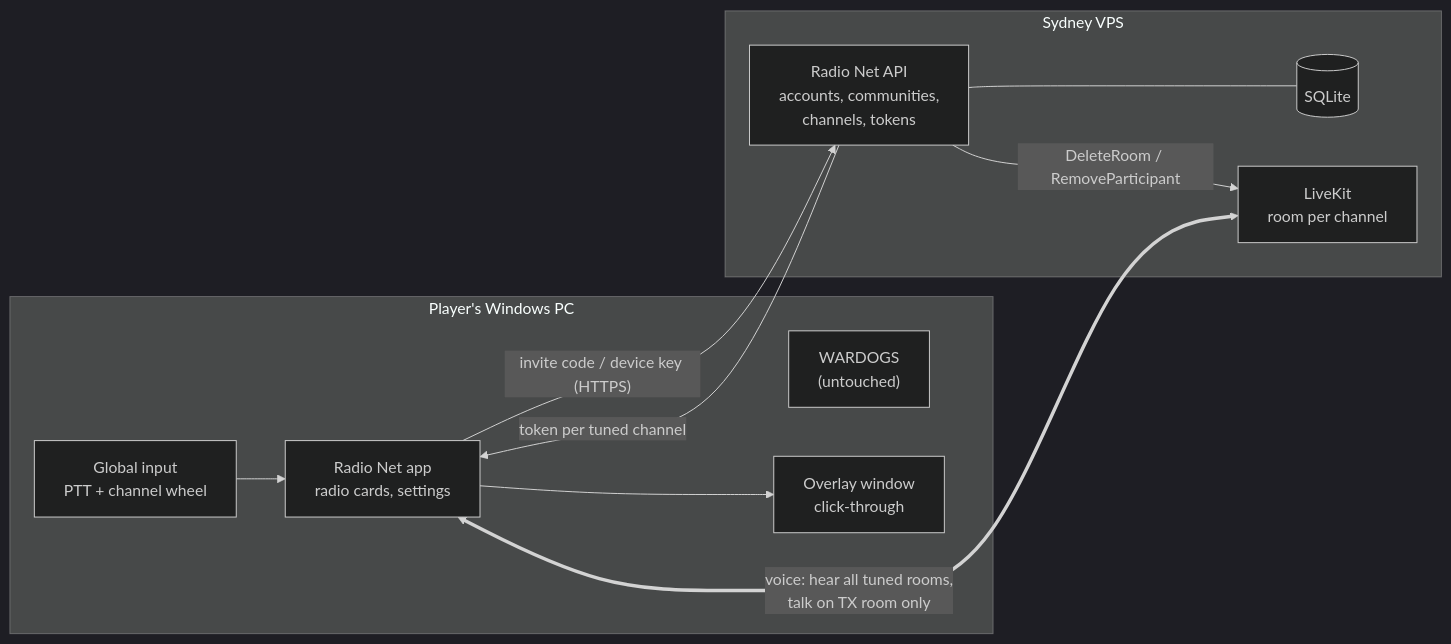
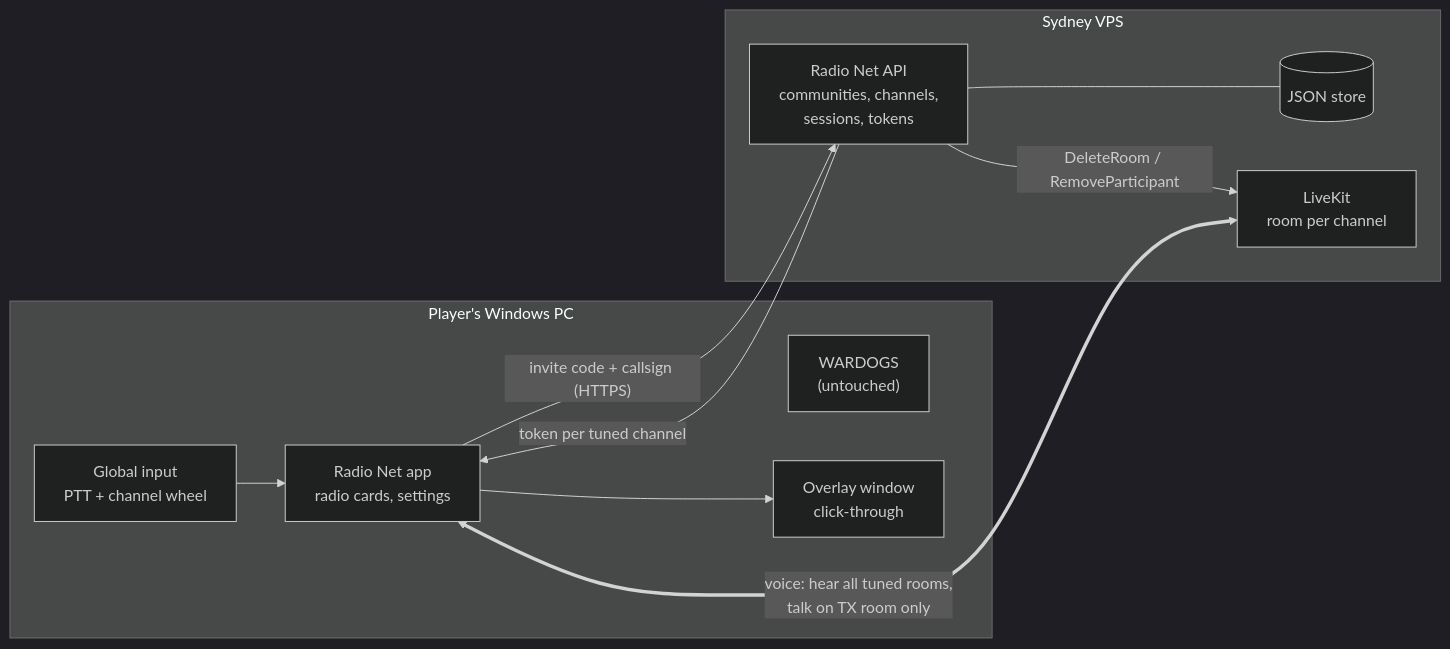
One commit to Tubss2/radio-net changed the second of 2 diagrams in docs/PLAN.md. Above: the diagram before and after it, drawn with Mermaid (dark theme). The commit also changed other lines of this file and 29 other files, not shown here.

First line of the commit message:
Keep callsigns, keybinds, and communities without accounts.

````diff
--- a/docs/PLAN.md
+++ b/docs/PLAN.md
@@ -96,20 +83,20 @@
 ```mermaid
 flowchart LR
   subgraph PC["Player's Windows PC"]
     G["WARDOGS<br/>(untouched)"]
     A["Radio Net app<br/>radio cards, settings"]
     H["Global input<br/>PTT + channel wheel"]
     O["Overlay window<br/>click-through"]
     H --> A --> O
   end
   subgraph VPS["Sydney VPS"]
-    API["Radio Net API<br/>accounts, communities,<br/>channels, tokens"]
-    DB[("SQLite")]
+    API["Radio Net API<br/>communities, channels,<br/>sessions, tokens"]
+    DB[("JSON store")]
     LK["LiveKit<br/>room per channel"]
     API --- DB
     API -- "DeleteRoom / RemoveParticipant" --> LK
   end
-  A -- "invite code / device key (HTTPS)" --> API
+  A -- "invite code + callsign (HTTPS)" --> API
   API -- "token per tuned channel" --> A
   A <== "voice: hear all tuned rooms,<br/>talk on TX room only" ==> LK
 ```
````
